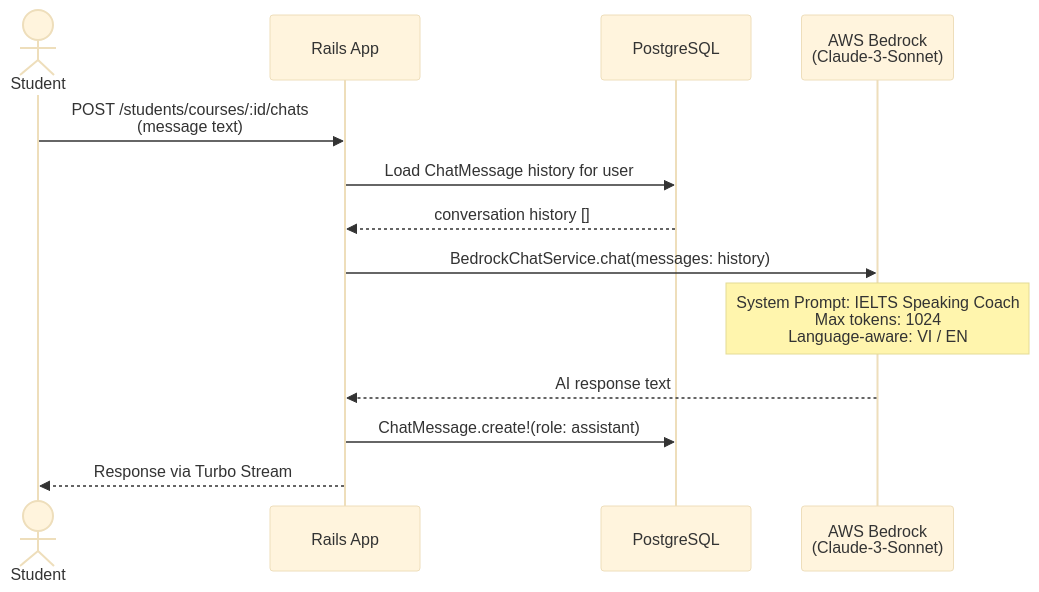
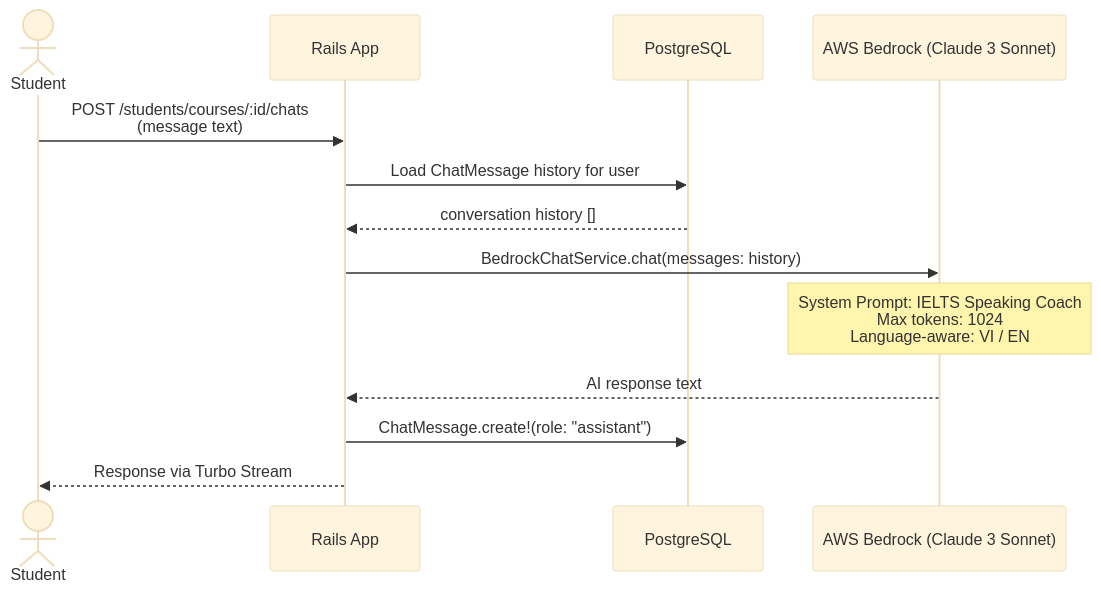
The sixth of 10 diagrams in README.md (ThiPhu210/IELTS_LEARNING_PLATFORM), drawn with Mermaid (base theme) before and after one commit. The commit also changed other lines of this file, not shown here.

````diff
--- a/README.md
+++ b/README.md
@@ -343,21 +645,16 @@
 ```mermaid
 sequenceDiagram
     actor Student
     participant App as Rails App
     participant DB as PostgreSQL
-    participant Bedrock as AWS Bedrock<br/>(Claude-3-Sonnet)
+    participant Bedrock as AWS Bedrock (Claude 3 Sonnet)
 
     Student->>App: POST /students/courses/:id/chats<br/>(message text)
-
     App->>DB: Load ChatMessage history for user
     DB-->>App: conversation history []
-
     App->>Bedrock: BedrockChatService.chat(messages: history)
     Note over Bedrock: System Prompt: IELTS Speaking Coach<br/>Max tokens: 1024<br/>Language-aware: VI / EN
-
     Bedrock-->>App: AI response text
-
-    App->>DB: ChatMessage.create!(role: assistant)
-
+    App->>DB: ChatMessage.create!(role: "assistant")
     App-->>Student: Response via Turbo Stream
 ```
````
